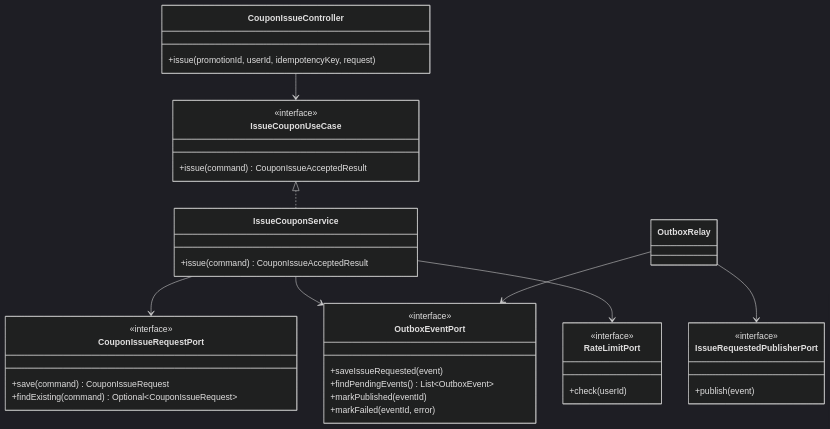
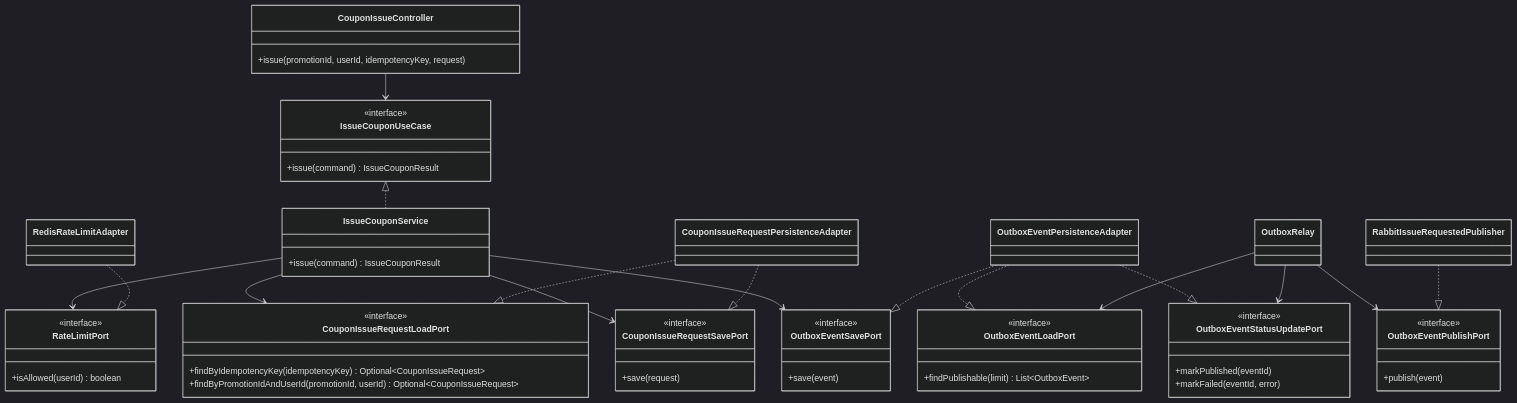
One commit to yht0827/promotion-dispatcher changed the third of 5 diagrams in docs/03-class-diagrams.md. Above: the diagram before and after it, drawn with Mermaid (dark theme). The commit also changed other lines of this file and 3 other files, not shown here.

````diff
--- a/docs/03-class-diagrams.md
+++ b/docs/03-class-diagrams.md
@@ -95,49 +95,75 @@
 ```mermaid
 classDiagram
     class CouponIssueController {
       +issue(promotionId, userId, idempotencyKey, request)
     }
 
     class IssueCouponUseCase {
       <<interface>>
-      +issue(command) CouponIssueAcceptedResult
+      +issue(command) IssueCouponResult
     }
 
     class IssueCouponService {
-      +issue(command) CouponIssueAcceptedResult
+      +issue(command) IssueCouponResult
     }
 
-    class CouponIssueRequestPort {
+    class CouponIssueRequestLoadPort {
       <<interface>>
-      +save(command) CouponIssueRequest
-      +findExisting(command) Optional~CouponIssueRequest~
+      +findByIdempotencyKey(idempotencyKey) Optional~CouponIssueRequest~
+      +findByPromotionIdAndUserId(promotionId, userId) Optional~CouponIssueRequest~
     }
 
-    class OutboxEventPort {
+    class CouponIssueRequestSavePort {
       <<interface>>
-      +saveIssueRequested(event)
-      +findPendingEvents() List~OutboxEvent~
+      +save(request)
+    }
+
+    class OutboxEventSavePort {
+      <<interface>>
+      +save(event)
+    }
+
+    class OutboxEventLoadPort {
+      <<interface>>
+      +findPublishable(limit) List~OutboxEvent~
+    }
+
+    class OutboxEventStatusUpdatePort {
+      <<interface>>
       +markPublished(eventId)
       +markFailed(eventId, error)
     }
 
     class RateLimitPort {
       <<interface>>
-      +check(userId)
+      +isAllowed(userId) boolean
     }
 
-    class IssueRequestedPublisherPort {
+    class OutboxEventPublishPort {
       <<interface>>
       +publish(event)
     }
 
     class OutboxRelay
+    class RedisRateLimitAdapter
+    class CouponIssueRequestPersistenceAdapter
+    class OutboxEventPersistenceAdapter
+    class RabbitIssueRequestedPublisher
 
     CouponIssueController --> IssueCouponUseCase
     IssueCouponUseCase <|.. IssueCouponService
-    IssueCouponService --> CouponIssueRequestPort
-    IssueCouponService --> OutboxEventPort
     IssueCouponService --> RateLimitPort
-    OutboxRelay --> OutboxEventPort
-    OutboxRelay --> IssueRequestedPublisherPort
+    IssueCouponService --> CouponIssueRequestLoadPort
+    IssueCouponService --> CouponIssueRequestSavePort
+    IssueCouponService --> OutboxEventSavePort
+    CouponIssueRequestPersistenceAdapter ..|> CouponIssueRequestLoadPort
+    CouponIssueRequestPersistenceAdapter ..|> CouponIssueRequestSavePort
+    OutboxEventPersistenceAdapter ..|> OutboxEventSavePort
+    OutboxEventPersistenceAdapter ..|> OutboxEventLoadPort
+    OutboxEventPersistenceAdapter ..|> OutboxEventStatusUpdatePort
+    RedisRateLimitAdapter ..|> RateLimitPort
+    OutboxRelay --> OutboxEventLoadPort
+    OutboxRelay --> OutboxEventStatusUpdatePort
+    OutboxRelay --> OutboxEventPublishPort
+    RabbitIssueRequestedPublisher ..|> OutboxEventPublishPort
 ```
````
